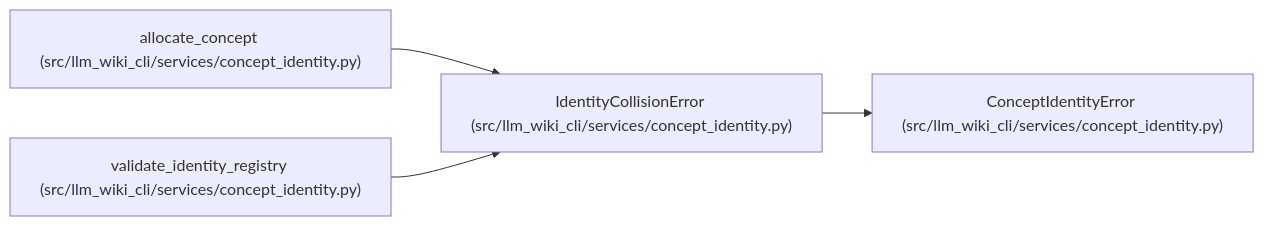
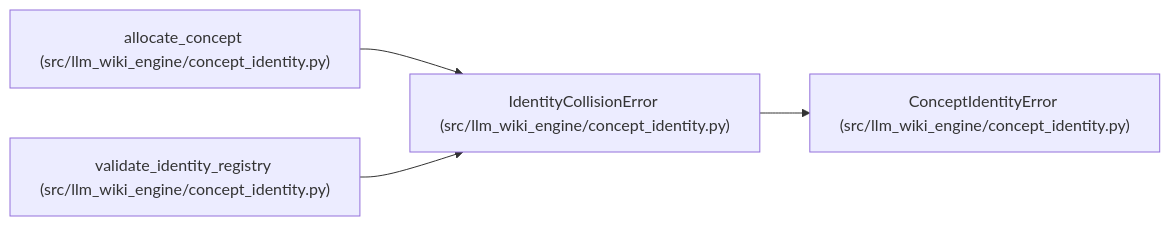
The diagram in docs/llm_wiki/entities/IdentityCollisionError.md (Denissvgn/python-wiki-llm), drawn with Mermaid before and after one commit. The commit also changed other lines of this file and 1103 other files, not shown here.

First line of the commit message:
docs: refresh the wiki for the llm-wiki-engine distribution

````diff
--- a/docs/llm_wiki/entities/IdentityCollisionError.md
+++ b/docs/llm_wiki/entities/IdentityCollisionError.md
@@ -25,14 +25,14 @@
 ```mermaid
 flowchart LR
-    n0["IdentityCollisionError (src/llm_wiki_cli/services/concept_identity.py)"]
-    n1["ConceptIdentityError (src/llm_wiki_cli/services/concept_identity.py)"]
-    n2["allocate_concept (src/llm_wiki_cli/services/concept_identity.py)"]
-    n3["validate_identity_registry (src/llm_wiki_cli/services/concept_identity.py)"]
+    n0["IdentityCollisionError (src/llm_wiki_engine/concept_identity.py)"]
+    n1["ConceptIdentityError (src/llm_wiki_engine/concept_identity.py)"]
+    n2["allocate_concept (src/llm_wiki_engine/concept_identity.py)"]
+    n3["validate_identity_registry (src/llm_wiki_engine/concept_identity.py)"]
     n0 --> n1
     n2 --> n0
     n3 --> n0
     click n0 "../modules/concept_identity.md"
     click n1 "../modules/concept_identity.md"
     click n2 "../modules/concept_identity.md"
     click n3 "../modules/concept_identity.md"
 ```
````
